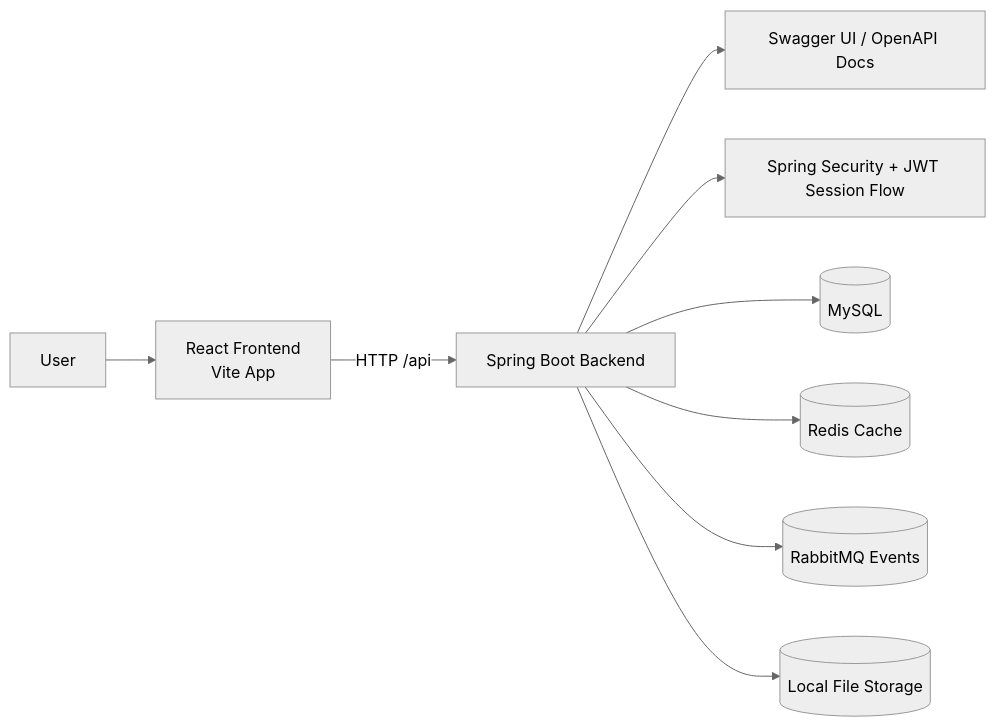
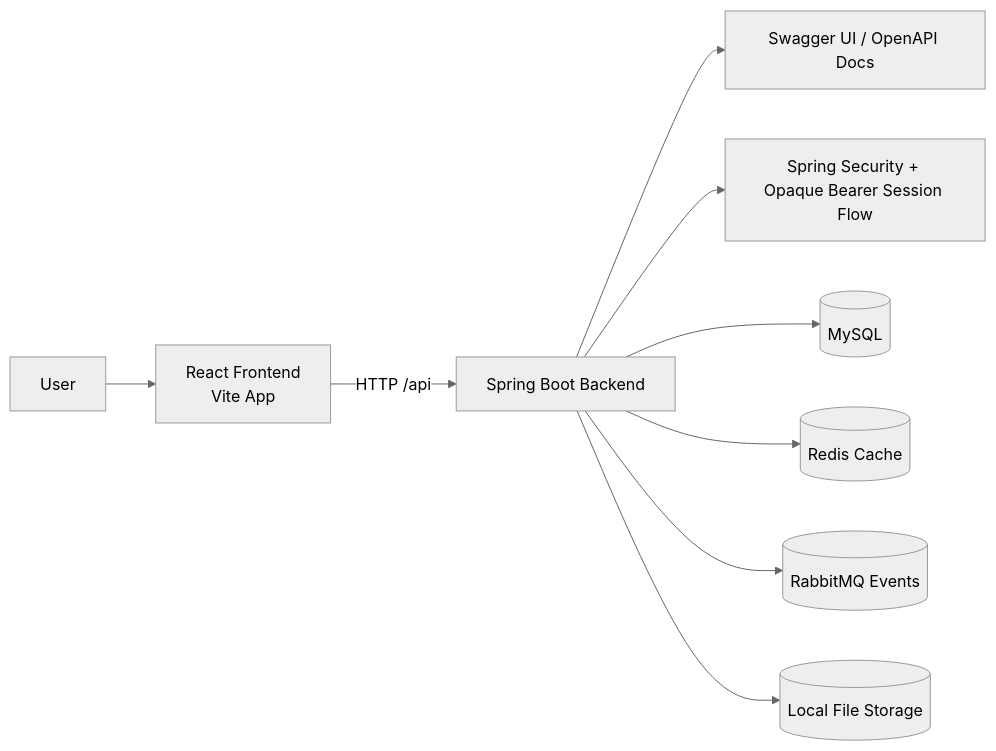
One commit to barisaltinel/Task-Management-Application changed the first of 2 diagrams in README.md. Above: the diagram before and after it, drawn with Mermaid (neutral theme). The commit also changed other lines of this file and 1 other file, not shown here.

Commit message:
docs: add repo metadata guidance and clarify opaque bearer auth in OpenAPI

````diff
--- a/README.md
+++ b/README.md
@@ -91,11 +114,11 @@
 ```mermaid
 flowchart LR
     U[User] --> F[React Frontend\nVite App]
     F -->|HTTP /api| B[Spring Boot Backend]
     B --> D[Swagger UI / OpenAPI Docs]
-    B --> S[Spring Security + JWT Session Flow]
+    B --> S[Spring Security + Opaque Bearer Session Flow]
     B --> DB[(MySQL)]
     B --> R[(Redis Cache)]
     B --> MQ[(RabbitMQ Events)]
     B --> FS[(Local File Storage)]
 ```
````
